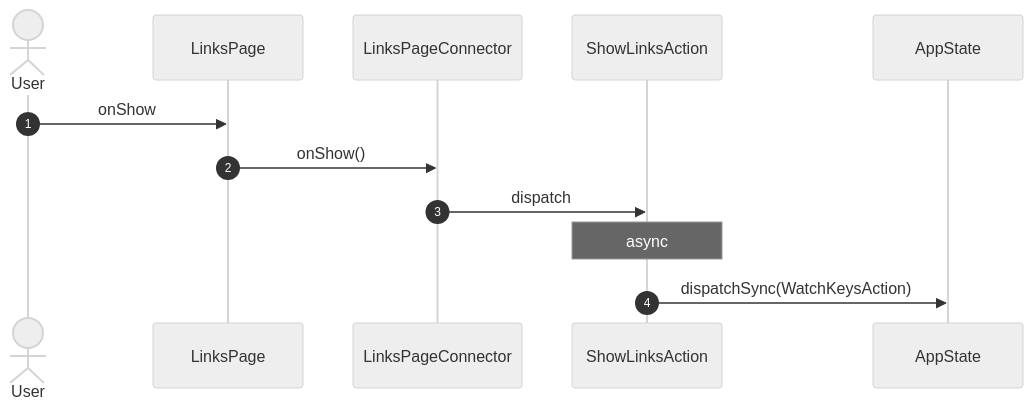
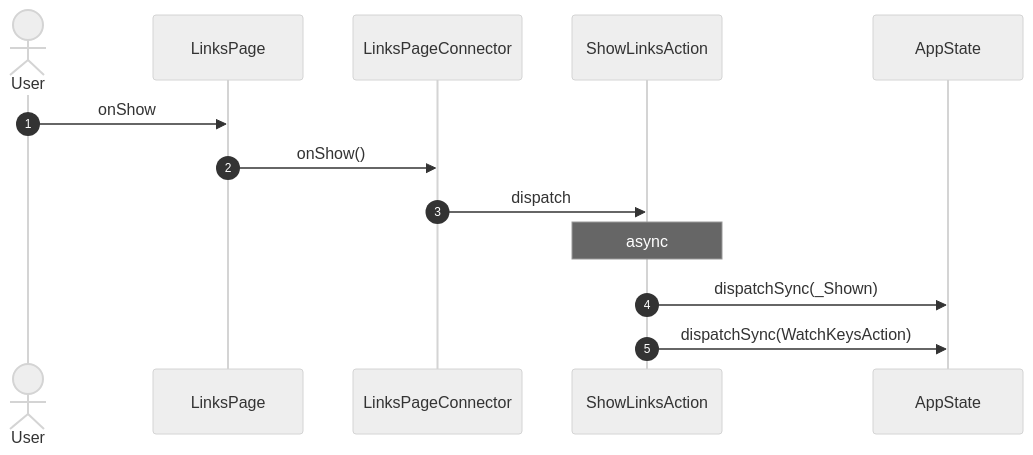
Before and after one commit to gencto/wyrm: the second of 21 diagrams in studio/docs/flows/links.md, drawn with Mermaid (neutral theme). The commit also changed other lines of this file and 19 other files, not shown here.

````diff
--- a/studio/docs/flows/links.md
+++ b/studio/docs/flows/links.md
@@ -28,15 +28,16 @@
 ```mermaid
 sequenceDiagram
     autonumber
     actor User
     participant UI as LinksPage
     participant VM as LinksPageConnector
     participant A1 as ShowLinksAction
     participant ST as AppState
 
     User->>UI: onShow
     UI->>VM: onShow()
     VM->>A1: dispatch
     Note over A1: async
+    A1->>ST: dispatchSync(_Shown)
     A1->>ST: dispatchSync(WatchKeysAction)
 ```
````
